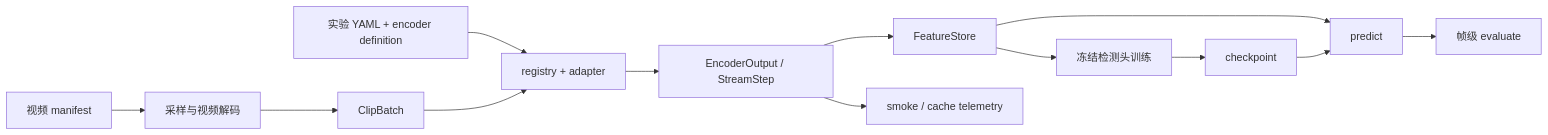
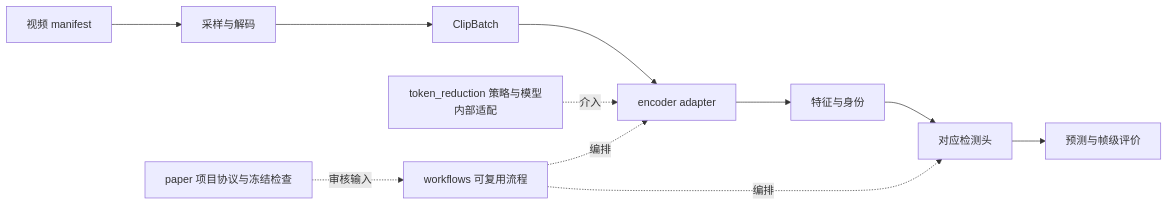
Before and after one commit to fingercd/Abnormal-Video-Detection.: the diagram in docs/architecture/current-system.md, drawn with Mermaid. The commit also changed other lines of this file and 267 other files, not shown here.

````diff
--- a/docs/architecture/current-system.md
+++ b/docs/architecture/current-system.md
@@ -7,15 +9,13 @@
 ```mermaid
 flowchart LR
-  M[视频 manifest] --> D[采样与视频解码]
-  C[实验 YAML + encoder definition] --> R[registry + adapter]
+  M[视频 manifest] --> D[采样与解码]
   D --> B[ClipBatch]
-  B --> R
-  R --> O[EncoderOutput / StreamStep]
-  O --> F[FeatureStore]
-  F --> T[冻结检测头训练]
-  T --> K[checkpoint]
-  F --> P[predict]
-  K --> P
-  P --> E[帧级 evaluate]
-  O --> S[smoke / cache telemetry]
+  B --> A[encoder adapter]
+  R[token_reduction 策略与模型内部适配] -.介入.-> A
+  A --> F[特征与身份]
+  F --> H[对应检测头]
+  H --> P[预测与帧级评价]
+  W[workflows 可复用流程] -.编排.-> A
+  W -.编排.-> H
+  X[paper 项目协议与冻结检查] -.审核输入.-> W
 ```
````
